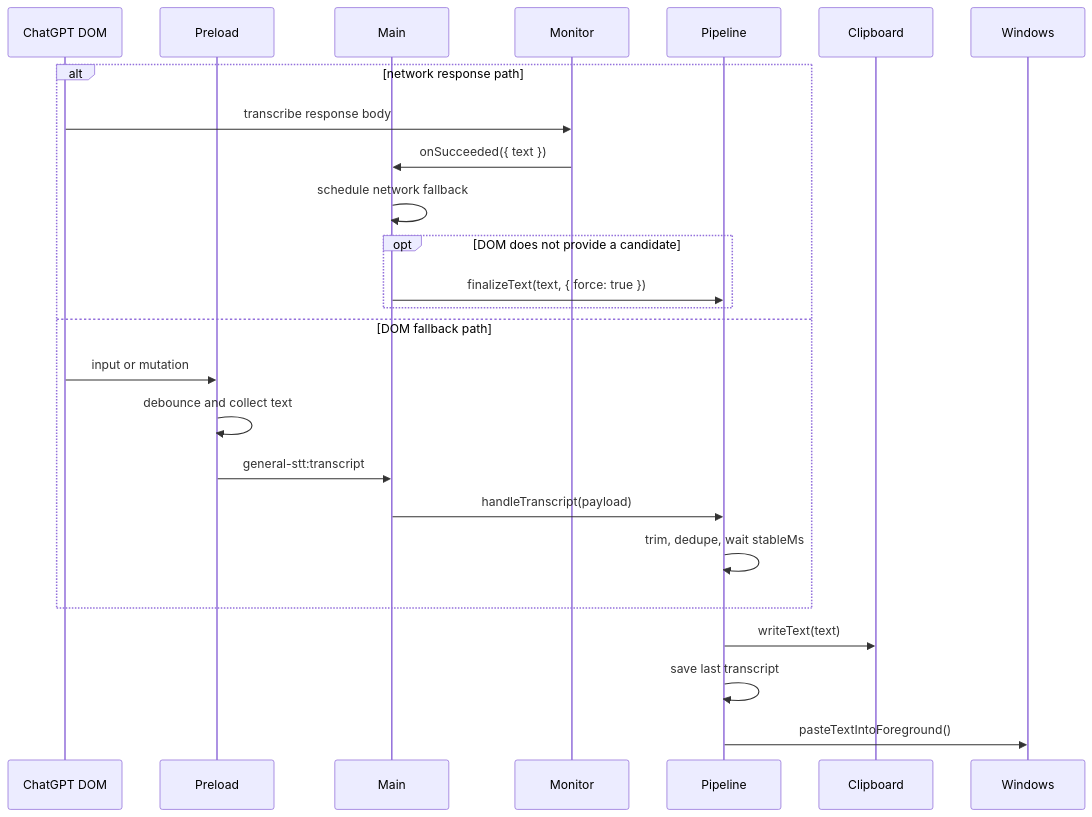
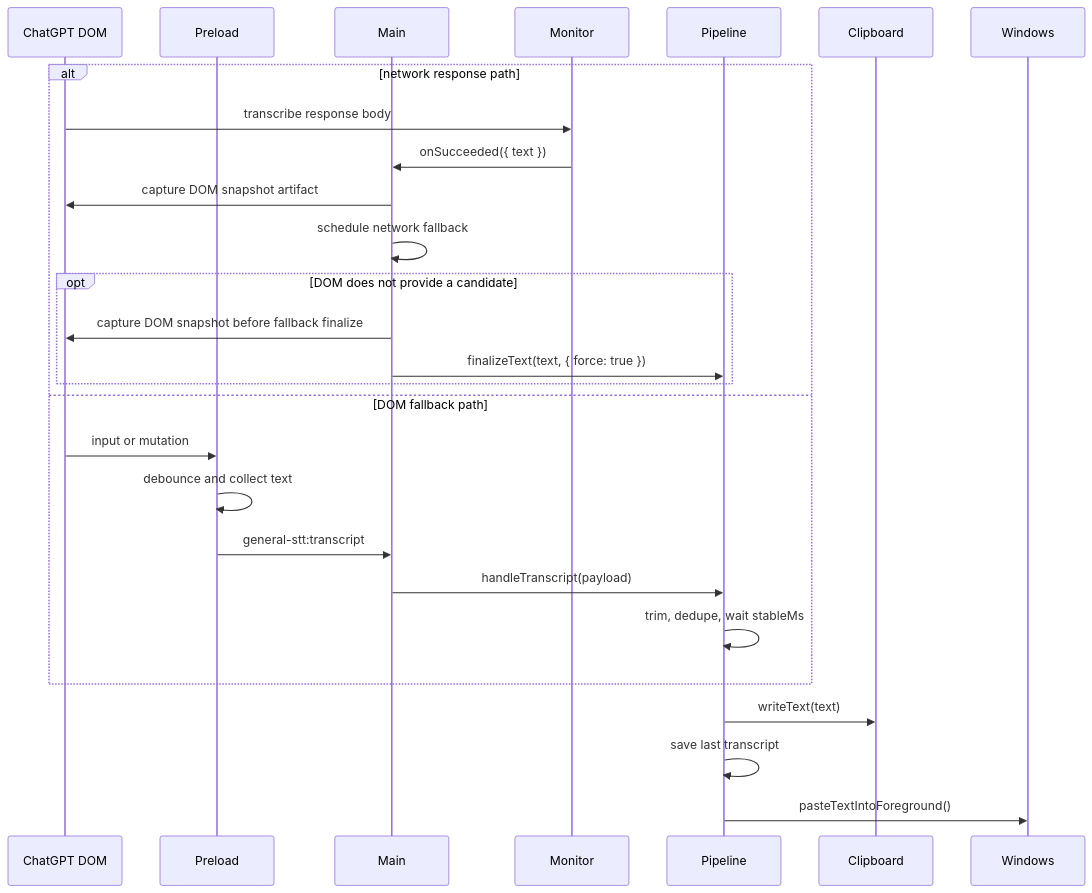
The second of 2 diagrams in .doc/modules/transcript-pipeline.md (AKAazure/Dandelion), drawn with Mermaid before and after one commit. The commit also changed other lines of this file and 33 other files, not shown here.

````diff
--- a/.doc/modules/transcript-pipeline.md
+++ b/.doc/modules/transcript-pipeline.md
@@ -83,28 +91,30 @@
 ```mermaid
 sequenceDiagram
   participant Page as ChatGPT DOM
   participant Preload
   participant Main
   participant Monitor
   participant Pipeline
   participant Clipboard
   participant Windows
 
   alt network response path
     Page->>Monitor: transcribe response body
     Monitor->>Main: onSucceeded({ text })
+    Main->>Page: capture DOM snapshot artifact
     Main->>Main: schedule network fallback
     opt DOM does not provide a candidate
+      Main->>Page: capture DOM snapshot before fallback finalize
       Main->>Pipeline: finalizeText(text, { force: true })
     end
   else DOM fallback path
     Page->>Preload: input or mutation
     Preload->>Preload: debounce and collect text
     Preload->>Main: general-stt:transcript
     Main->>Pipeline: handleTranscript(payload)
     Pipeline->>Pipeline: trim, dedupe, wait stableMs
   end
   Pipeline->>Clipboard: writeText(text)
   Pipeline->>Pipeline: save last transcript
   Pipeline->>Windows: pasteTextIntoForeground()
 ```
````
